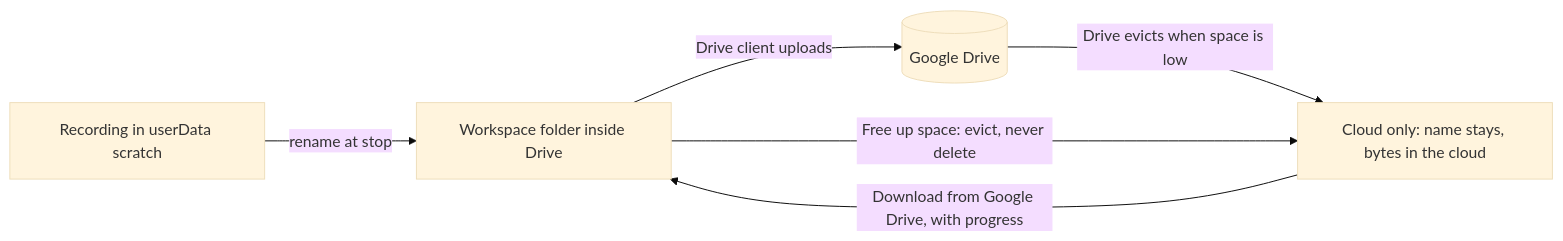
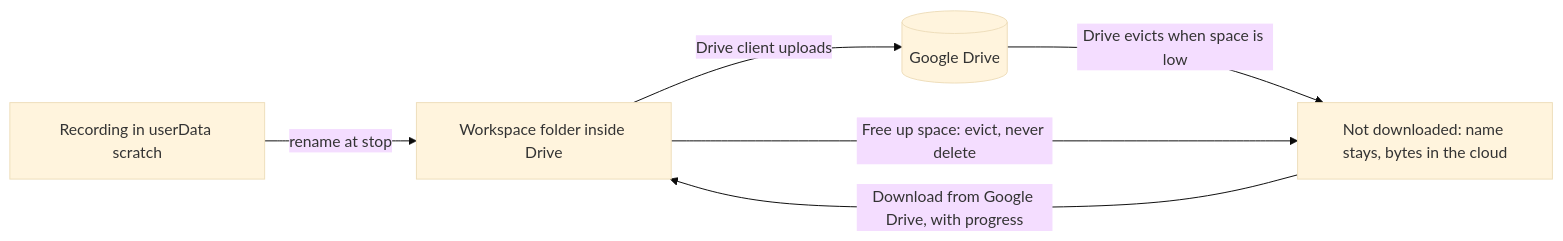
One commit to niway-dev/kaipu-record changed the diagram in apps/documentation/src/content/docs/specs/2026-11-22-synced-workspaces-design.md. Above: the diagram before and after it, drawn with Mermaid (base theme). The commit also changed other lines of this file and 2 other files, not shown here.

````diff
--- a/apps/documentation/src/content/docs/specs/2026-11-22-synced-workspaces-design.md
+++ b/apps/documentation/src/content/docs/specs/2026-11-22-synced-workspaces-design.md
@@ -26,8 +26,8 @@
 ```mermaid
 flowchart LR
   R[Recording in userData scratch] -->|rename at stop| W[Workspace folder inside Drive]
   W -->|Drive client uploads| C[(Google Drive)]
-  C -->|Drive evicts when space is low| E[Cloud only: name stays, bytes in the cloud]
+  C -->|Drive evicts when space is low| E[Not downloaded: name stays, bytes in the cloud]
   E -->|Download from Google Drive, with progress| W
   W -->|Free up space: evict, never delete| E
 ```
````
